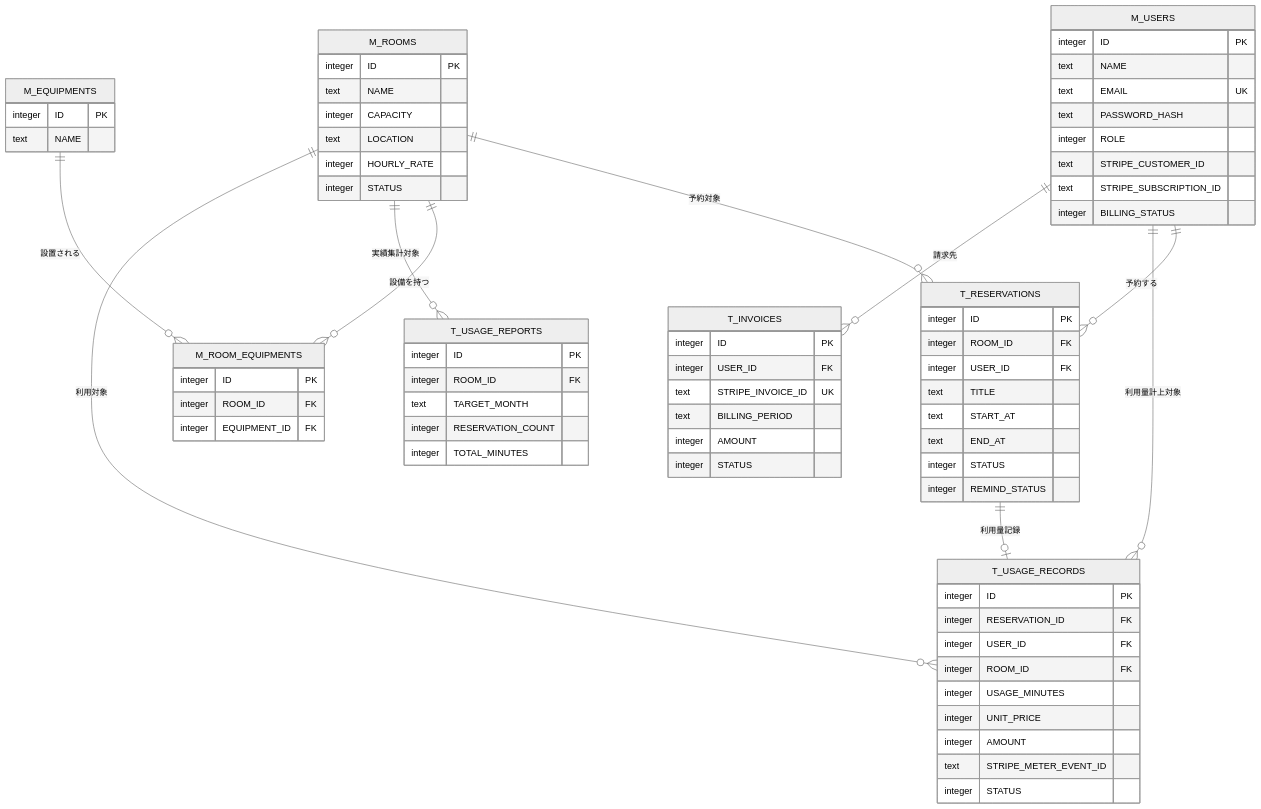
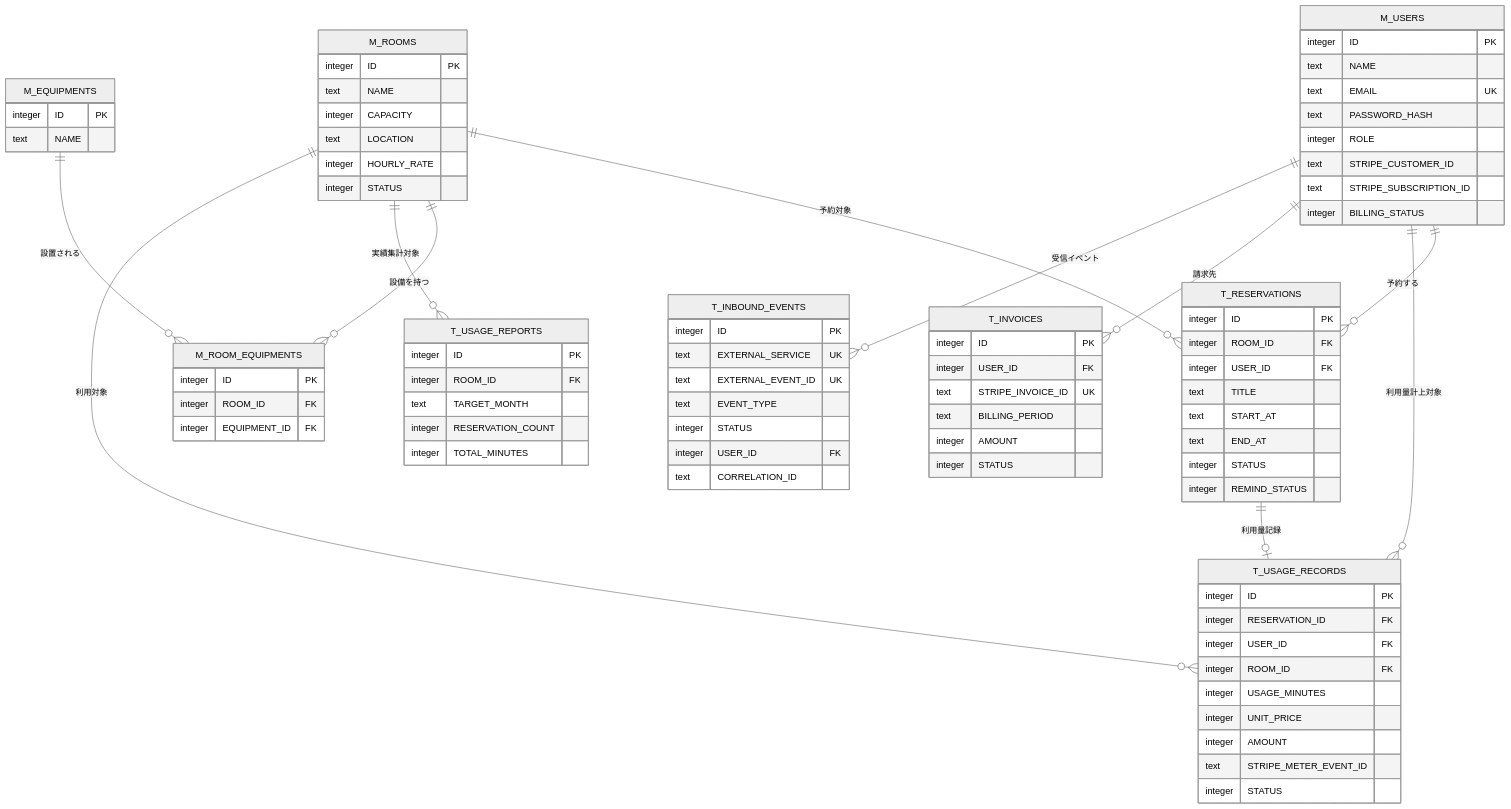
The diagram in docs/03_機能設計/07_データベース設計/ER図.md (sikakou54/system-document-template), drawn with Mermaid (neutral theme) before and after one commit. The commit also changed other lines of this file and 99 other files, not shown here.

````diff
--- a/docs/03_機能設計/07_データベース設計/ER図.md
+++ b/docs/03_機能設計/07_データベース設計/ER図.md
@@ -18,6 +18,7 @@
     M_ROOMS ||--o{ T_USAGE_RECORDS : "利用対象"
     T_RESERVATIONS ||--o| T_USAGE_RECORDS : "利用量記録"
     M_USERS ||--o{ T_INVOICES : "請求先"
+    M_USERS ||--o{ T_INBOUND_EVENTS : "受信イベント"
 
     M_USERS {
         integer ID PK
@@ -82,4 +83,13 @@
         integer AMOUNT
         integer STATUS
     }
+    T_INBOUND_EVENTS {
+        integer ID PK
+        text EXTERNAL_SERVICE UK
+        text EXTERNAL_EVENT_ID UK
+        text EVENT_TYPE
+        integer STATUS
+        integer USER_ID FK
+        text CORRELATION_ID
+    }
 ```
````
